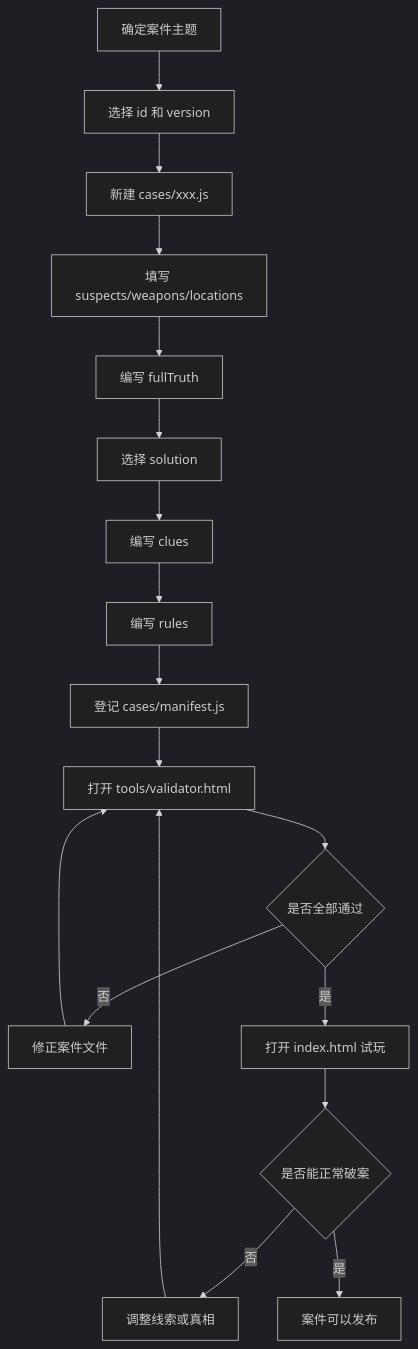
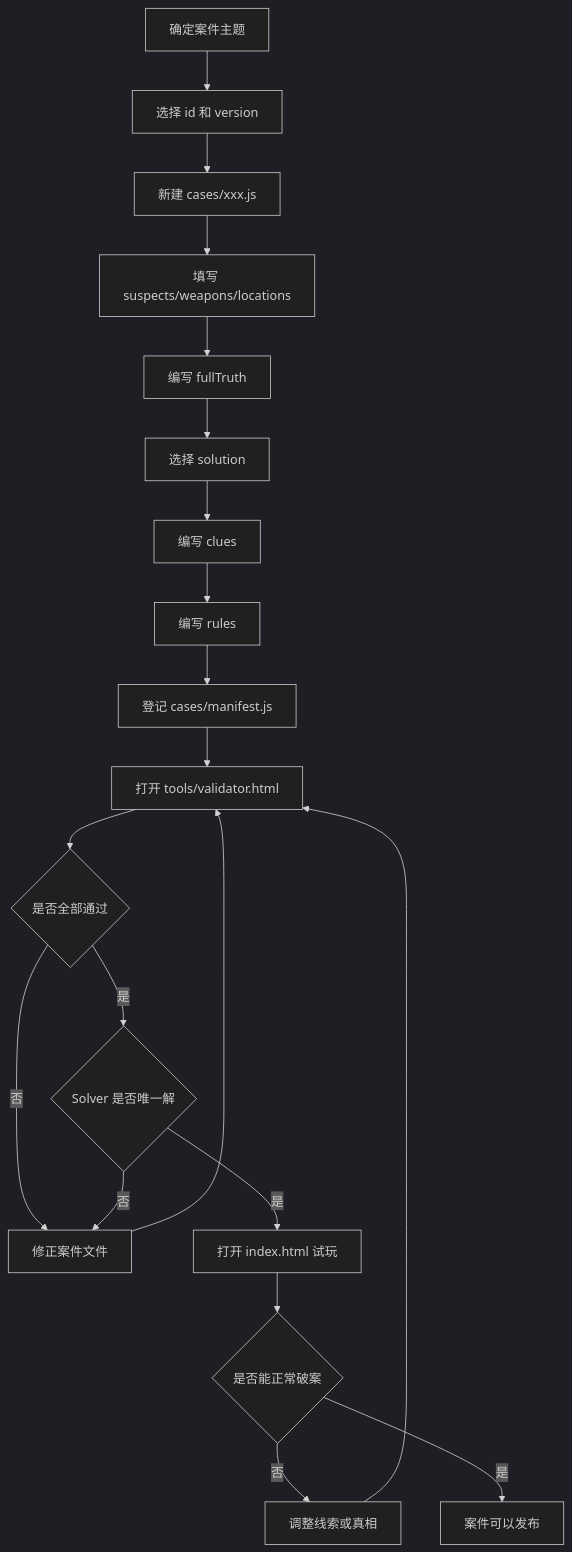
One commit to NoireCase/CleverGrid changed the diagram in docs/case-template.md. Above: the diagram before and after it, drawn with Mermaid (dark theme). The commit also changed other lines of this file and 3 other files, not shown here.

First line of the commit message:
文档：完成 Architecture v1 验收收口

````diff
--- a/docs/case-template.md
+++ b/docs/case-template.md
@@ -284,20 +295,22 @@
 ```mermaid
 flowchart TD
     A["确定案件主题"] --> B["选择 id 和 version"]
     B --> C["新建 cases/xxx.js"]
     C --> D["填写 suspects/weapons/locations"]
     D --> E["编写 fullTruth"]
     E --> F["选择 solution"]
     F --> G["编写 clues"]
     G --> H["编写 rules"]
     H --> I["登记 cases/manifest.js"]
     I --> J["打开 tools/validator.html"]
     J --> K{"是否全部通过"}
     K -->|否| L["修正案件文件"]
     L --> J
-    K -->|是| M["打开 index.html 试玩"]
-    M --> N{"是否能正常破案"}
-    N -->|否| O["调整线索或真相"]
-    O --> J
-    N -->|是| P["案件可以发布"]
+    K -->|是| M{"Solver 是否唯一解"}
+    M -->|否| L
+    M -->|是| N["打开 index.html 试玩"]
+    N --> O{"是否能正常破案"}
+    O -->|否| P["调整线索或真相"]
+    P --> J
+    O -->|是| Q["案件可以发布"]
 ```
````
